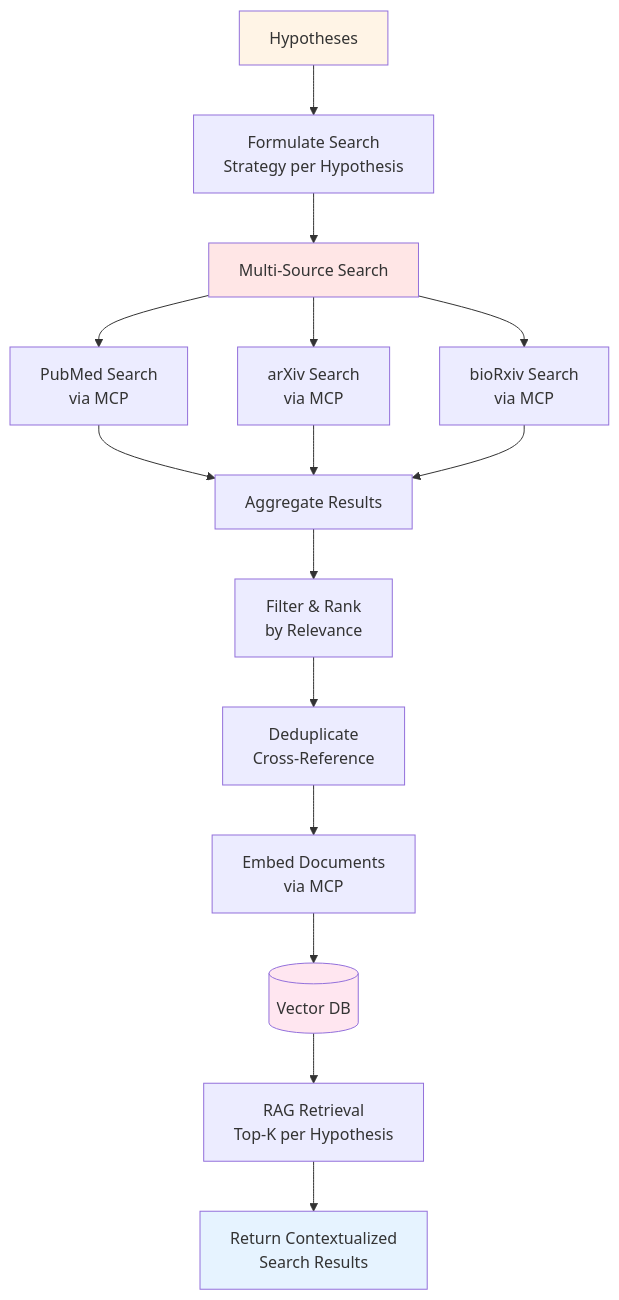
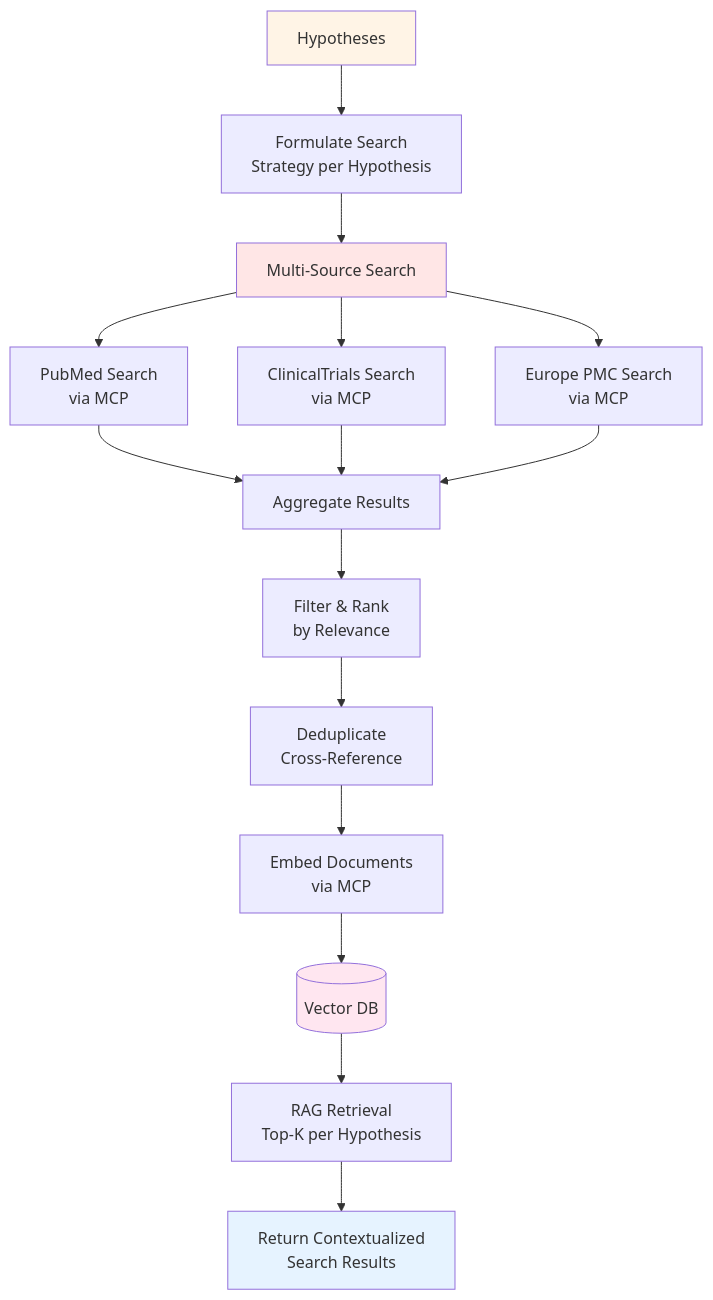
The seventh of 15 diagrams in docs/workflow-diagrams.md (The-Obstacle-Is-The-Way/DeepBoner), drawn with Mermaid before and after one commit. The commit also changed other lines of this file and 10 other files, not shown here.

````diff
--- a/docs/workflow-diagrams.md
+++ b/docs/workflow-diagrams.md
@@ -225,26 +225,26 @@
 ```mermaid
 flowchart TD
     Input[Hypotheses] --> Strategy[Formulate Search<br/>Strategy per Hypothesis]
 
     Strategy --> Multi[Multi-Source Search]
 
     Multi --> PubMed[PubMed Search<br/>via MCP]
-    Multi --> ArXiv[arXiv Search<br/>via MCP]
-    Multi --> BioRxiv[bioRxiv Search<br/>via MCP]
+    Multi --> Trials[ClinicalTrials Search<br/>via MCP]
+    Multi --> EuropePMC[Europe PMC Search<br/>via MCP]
 
     PubMed --> Aggregate[Aggregate Results]
-    ArXiv --> Aggregate
-    BioRxiv --> Aggregate
+    Trials --> Aggregate
+    EuropePMC --> Aggregate
 
     Aggregate --> Filter[Filter & Rank<br/>by Relevance]
     Filter --> Dedup[Deduplicate<br/>Cross-Reference]
     Dedup --> Embed[Embed Documents<br/>via MCP]
     Embed --> Vector[(Vector DB)]
     Vector --> RAGRetrieval[RAG Retrieval<br/>Top-K per Hypothesis]
     RAGRetrieval --> Output[Return Contextualized<br/>Search Results]
 
     style Input fill:#fff4e6
     style Multi fill:#ffe6e6
     style Vector fill:#ffe6f0
     style Output fill:#e6f3ff
 ```
````
